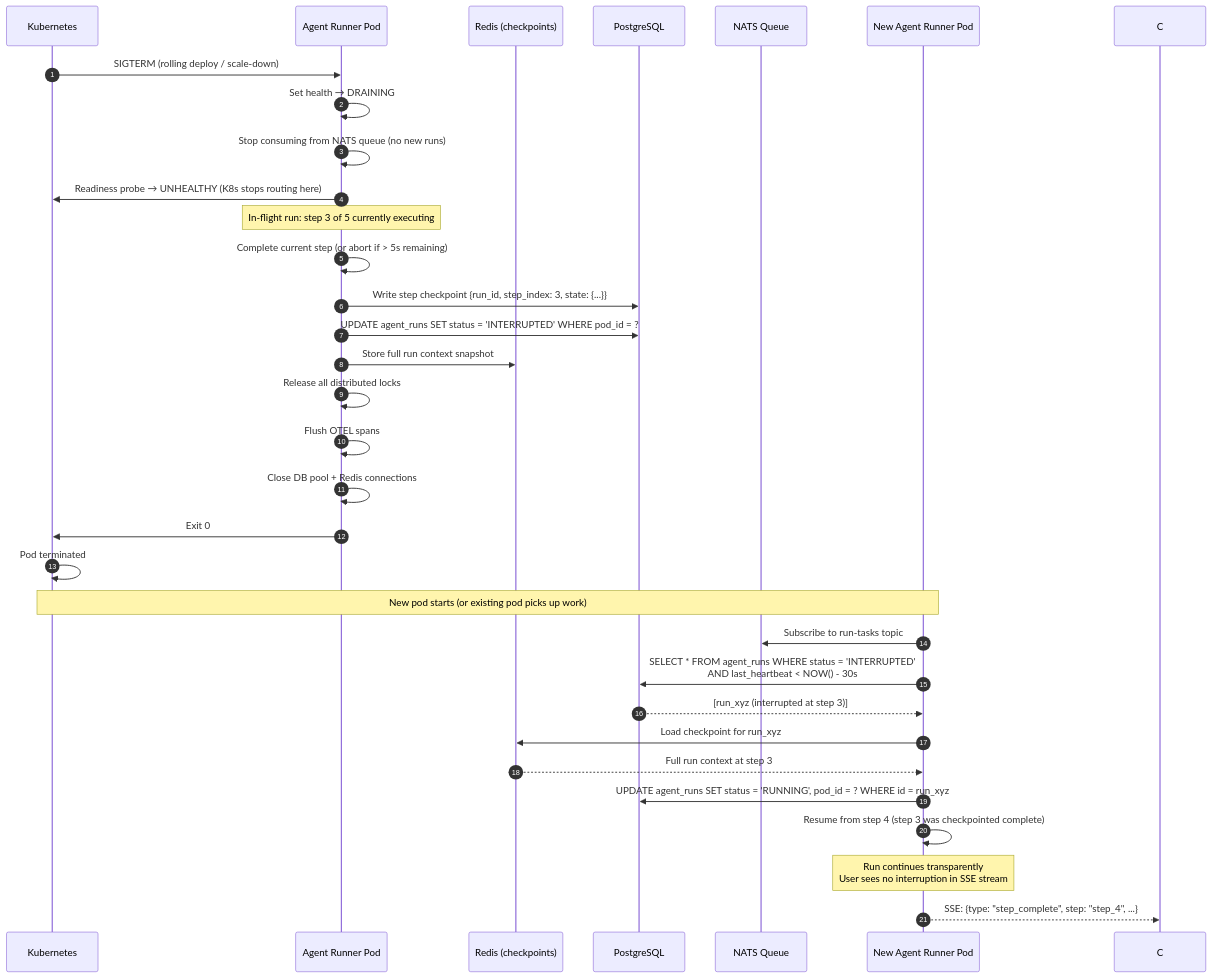
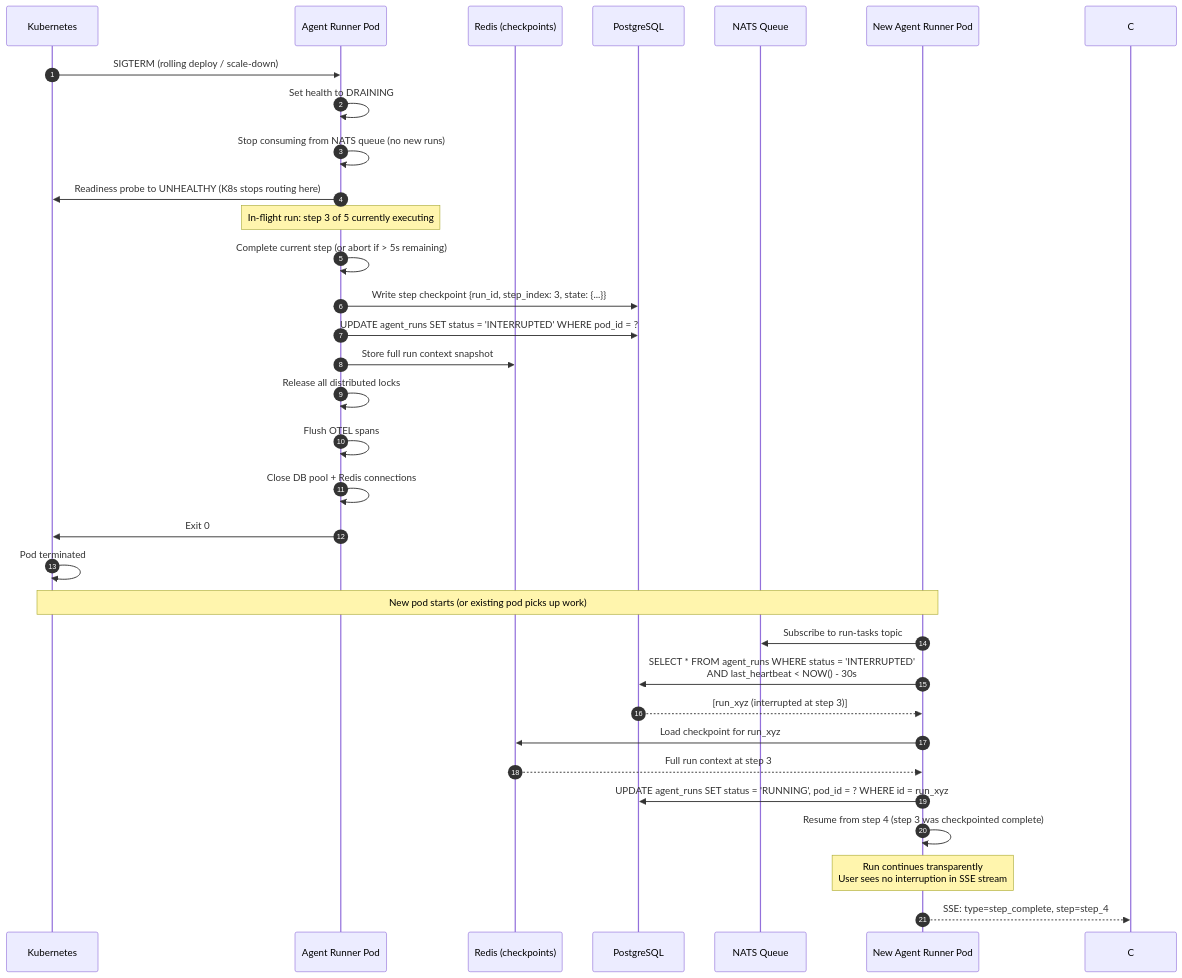
Diagram 15 of 18 in SEQUENCE_DIAGRAMS.md (GVijay456/Test), drawn with Mermaid before and after one commit. The commit also changed other lines of this file and 1 other file, not shown here.

First line of the commit message:
Fix Mermaid sequence diagram rendering issues

````diff
--- a/SEQUENCE_DIAGRAMS.md
+++ b/SEQUENCE_DIAGRAMS.md
@@ -817,43 +814,43 @@
 ```mermaid
 sequenceDiagram
     autonumber
     participant K8 as Kubernetes
     participant AR as Agent Runner Pod
     participant RD as Redis (checkpoints)
     participant DB as PostgreSQL
     participant Q  as NATS Queue
     participant AR2 as New Agent Runner Pod
 
     K8->>AR: SIGTERM (rolling deploy / scale-down)
 
-    AR->>AR: Set health → DRAINING
+    AR->>AR: Set health to DRAINING
     AR->>AR: Stop consuming from NATS queue (no new runs)
-    AR->>K8: Readiness probe → UNHEALTHY (K8s stops routing here)
+    AR->>K8: Readiness probe to UNHEALTHY (K8s stops routing here)
 
     Note over AR: In-flight run: step 3 of 5 currently executing
 
     AR->>AR: Complete current step (or abort if > 5s remaining)
     AR->>DB: Write step checkpoint {run_id, step_index: 3, state: {...}}
     AR->>DB: UPDATE agent_runs SET status = 'INTERRUPTED' WHERE pod_id = ?
     AR->>RD: Store full run context snapshot
 
     AR->>AR: Release all distributed locks
     AR->>AR: Flush OTEL spans
     AR->>AR: Close DB pool + Redis connections
 
     AR->>K8: Exit 0
     K8->>K8: Pod terminated
 
     Note over K8,AR2: New pod starts (or existing pod picks up work)
     AR2->>Q: Subscribe to run-tasks topic
     AR2->>DB: SELECT * FROM agent_runs WHERE status = 'INTERRUPTED'<br/>AND last_heartbeat < NOW() - 30s
     DB-->>AR2: [run_xyz (interrupted at step 3)]
 
     AR2->>RD: Load checkpoint for run_xyz
     RD-->>AR2: Full run context at step 3
     AR2->>DB: UPDATE agent_runs SET status = 'RUNNING', pod_id = ? WHERE id = run_xyz
     AR2->>AR2: Resume from step 4 (step 3 was checkpointed complete)
 
     Note over AR2: Run continues transparently<br/>User sees no interruption in SSE stream
-    AR2-->>C: SSE: {type: "step_complete", step: "step_4", ...}
+    AR2-->>C: SSE: type=step_complete, step=step_4
 ```
````
